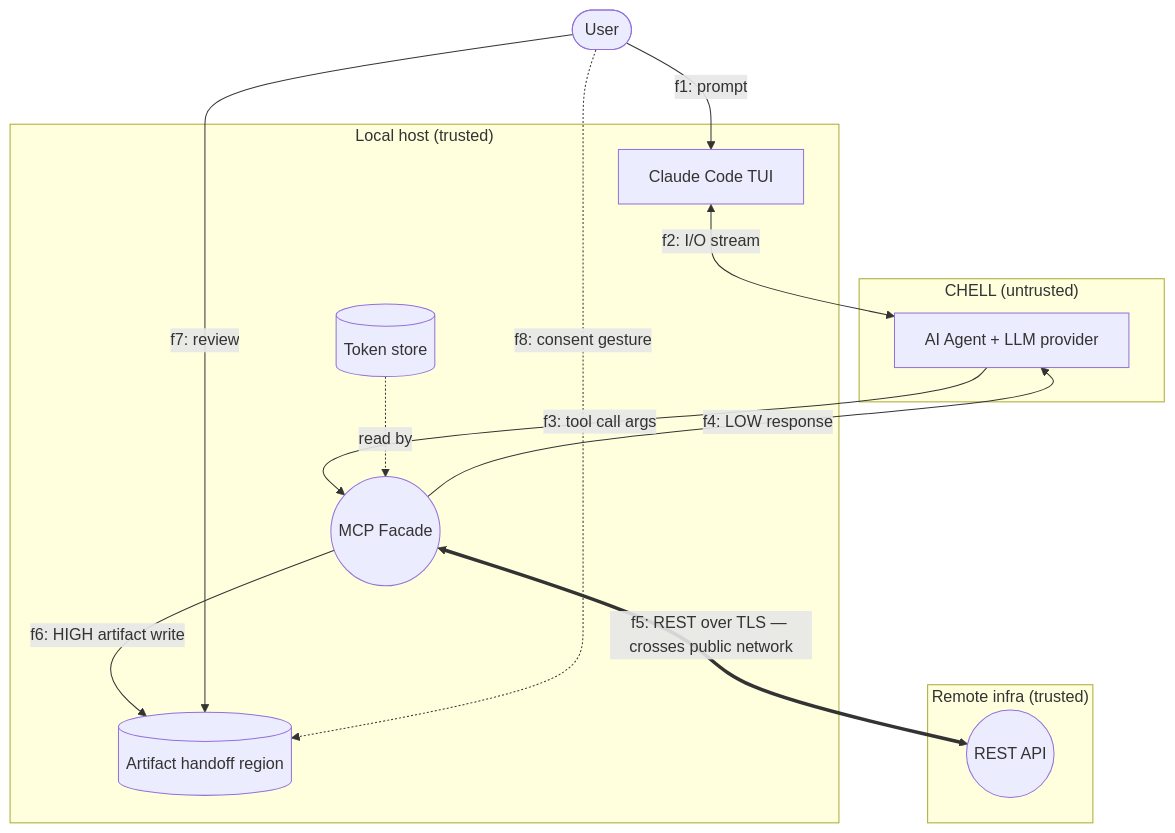
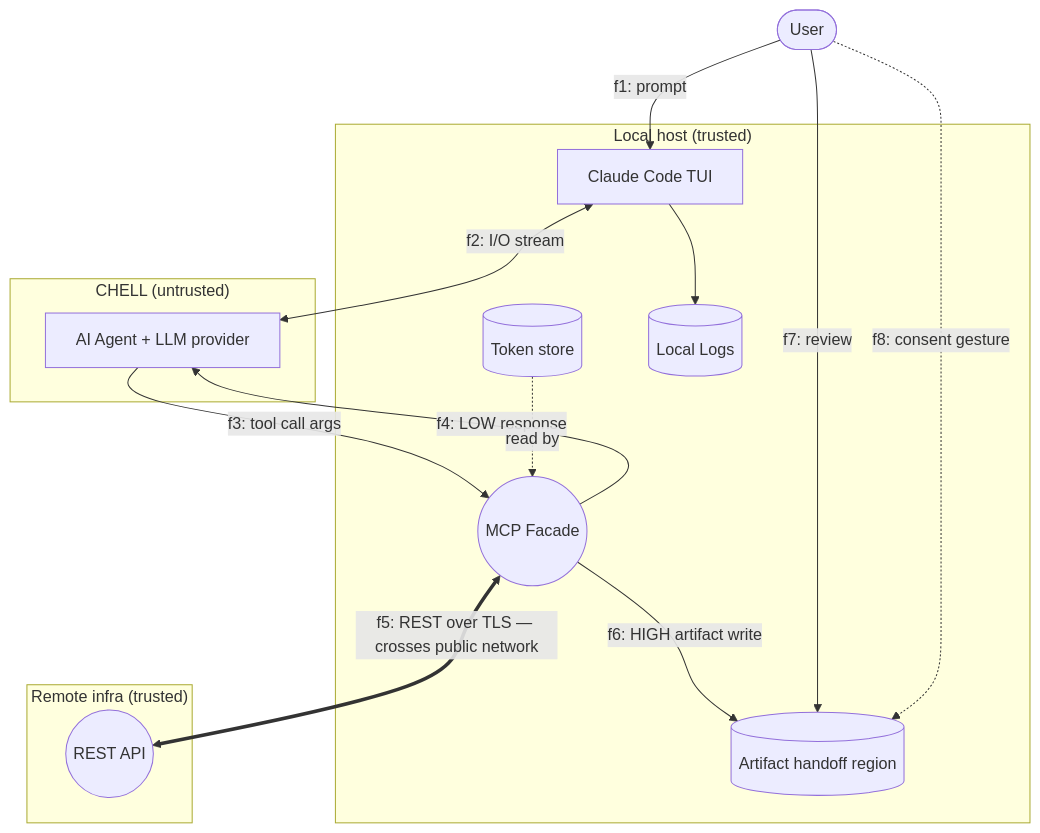
Before and after one commit to RileyFW/Monorepo: the third of 3 diagrams in docs/docs/infrastructure/agentic_plan.md, drawn with Mermaid. The commit also changed other lines of this file, not shown here.

````diff
--- a/docs/docs/infrastructure/agentic_plan.md
+++ b/docs/docs/infrastructure/agentic_plan.md
@@ -230,30 +230,32 @@
 ```mermaid
 flowchart TB
     User(["User"])
     subgraph CHELL_TB["CHELL (untrusted)"]
-        Agent["AI Agent + LLM provider"]
+        Agent["AI Agent + LLM provider"] 
     end
 
   
 
     subgraph LocalHost["Local host (trusted)"]
         TUI["Claude Code TUI"]
         MCP(("MCP Facade"))
         Token[("Token store")]
         FS[("Artifact handoff region")]
+        Logs[("Local Logs")]
     end
 
     subgraph Remote["Remote infra (trusted)"]
         REST(("REST API"))
     end
 
     User -->|f1: prompt| TUI
     TUI <-->|f2: I/O stream| Agent
     Agent -->|f3: tool call args| MCP
     MCP -->|f4: LOW response| Agent
     MCP <==>|f5: REST over TLS — crosses public network| REST
     MCP -->|f6: HIGH artifact write| FS
     User -->|f7: review| FS
     User -.->|f8: consent gesture| FS
-    Token -.->|read by| MCP
+    Token -.->|read by| MCP 
+    TUI --> Logs
 ```
````
